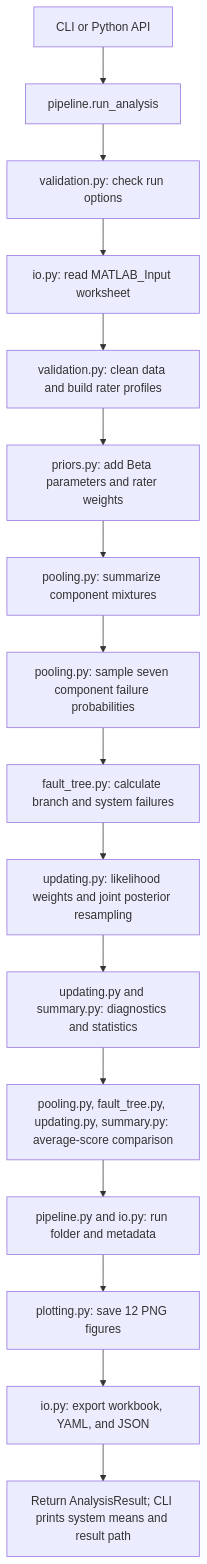
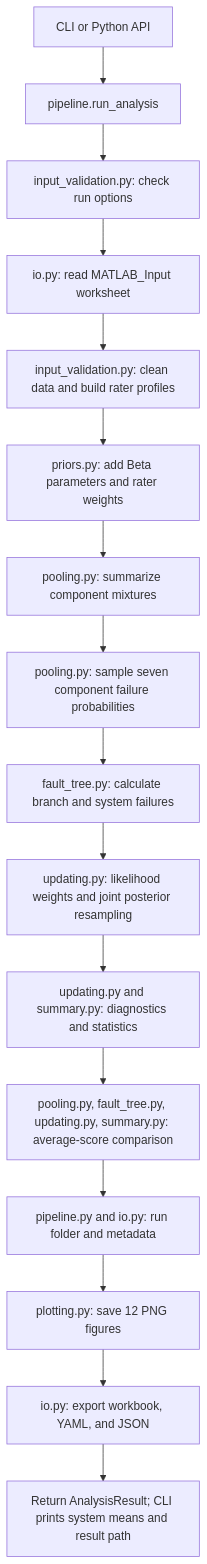
Before and after one commit to ykwang6126/Launch-Vehicle-Readiness-Estimation: the first of 4 diagrams in docs/code_workflow_guide.md, drawn with Mermaid. The commit also changed other lines of this file and 22 other files, not shown here.

Commit message:
Rename input validation and consolidate CLI entry points

````diff
--- a/docs/code_workflow_guide.md
+++ b/docs/code_workflow_guide.md
@@ -21,18 +21,18 @@
 ```mermaid
 flowchart TD
     A[CLI or Python API] --> B[pipeline.run_analysis]
-    B --> C[validation.py: check run options]
+    B --> C[input_validation.py: check run options]
     C --> D[io.py: read MATLAB_Input worksheet]
-    D --> E[validation.py: clean data and build rater profiles]
+    D --> E[input_validation.py: clean data and build rater profiles]
     E --> F[priors.py: add Beta parameters and rater weights]
     F --> G[pooling.py: summarize component mixtures]
     G --> H[pooling.py: sample seven component failure probabilities]
     H --> I[fault_tree.py: calculate branch and system failures]
     I --> J[updating.py: likelihood weights and joint posterior resampling]
     J --> K[updating.py and summary.py: diagnostics and statistics]
     K --> L[pooling.py, fault_tree.py, updating.py, summary.py: average-score comparison]
     L --> M[pipeline.py and io.py: run folder and metadata]
     M --> N[plotting.py: save 12 PNG figures]
     N --> O[io.py: export workbook, YAML, and JSON]
     O --> P[Return AnalysisResult; CLI prints system means and result path]
 ```
````
